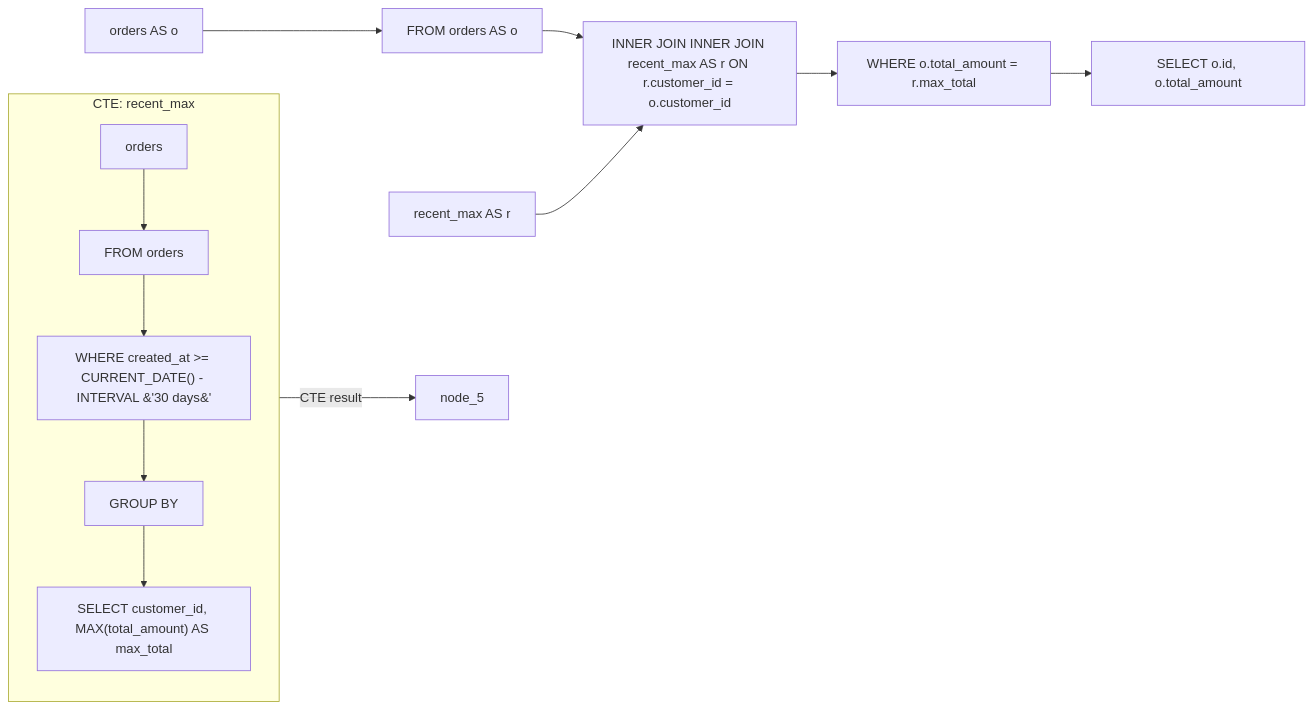
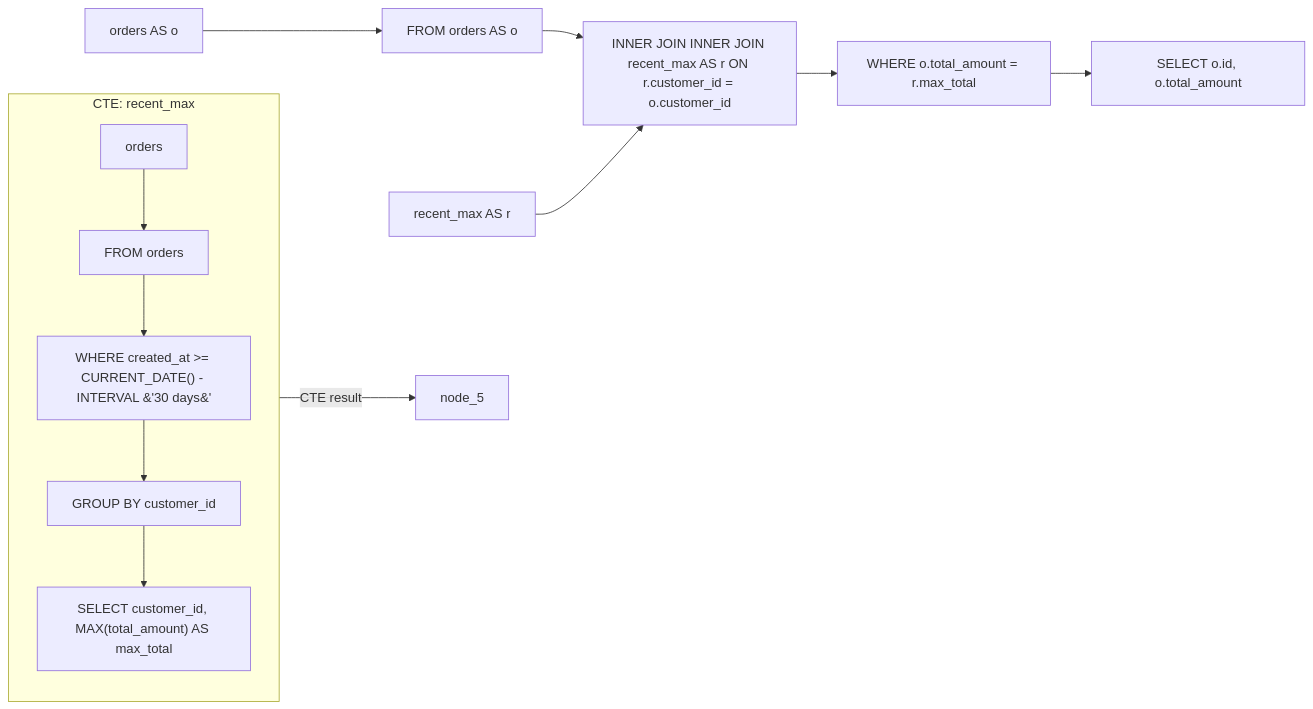
Before and after one commit to rot1024/sqloflow: the diagram in examples/cte_with_join.mmd, drawn with Mermaid. The commit also changed 41 other files, not shown here.

```diff
--- a/examples/cte_with_join.mmd
+++ b/examples/cte_with_join.mmd
@@ -1,26 +1,26 @@
 flowchart LR
     subgraph cte_recent_max [CTE: recent_max]
         direction TB
         node_4["SELECT customer_id, MAX(total_amount) AS max_total"]
-        node_3[GROUP BY]
+        node_3["GROUP BY customer_id"]
         node_2["WHERE created_at &gt;= CURRENT_DATE() - INTERVAL &#39;30 days&#39;"]
         node_1[FROM orders]
         node_0[orders]
         node_0 --> node_1
         node_1 --> node_2
         node_2 --> node_3
         node_3 --> node_4
     end
 
     node_6[orders AS o]
     node_7[FROM orders AS o]
     node_8[recent_max AS r]
     node_9["INNER JOIN INNER JOIN recent_max AS r ON r.customer_id = o.customer_id"]
     node_10["WHERE o.total_amount = r.max_total"]
     node_11["SELECT o.id, o.total_amount"]
     node_4 -->|CTE result| node_5
     node_6 --> node_7
     node_7 --> node_9
     node_8 --> node_9
     node_9 --> node_10
     node_10 --> node_11
```
